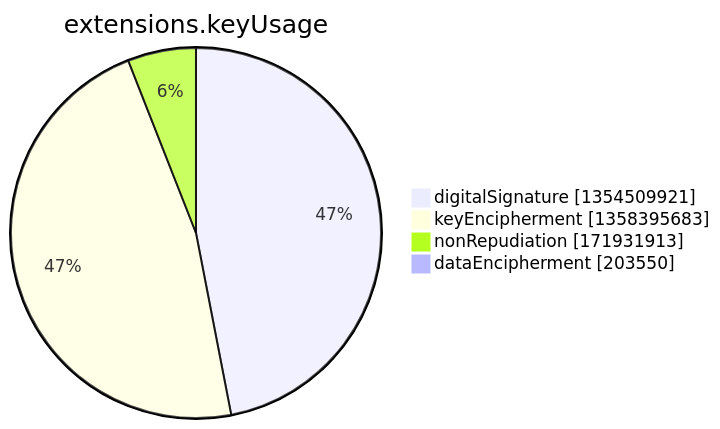
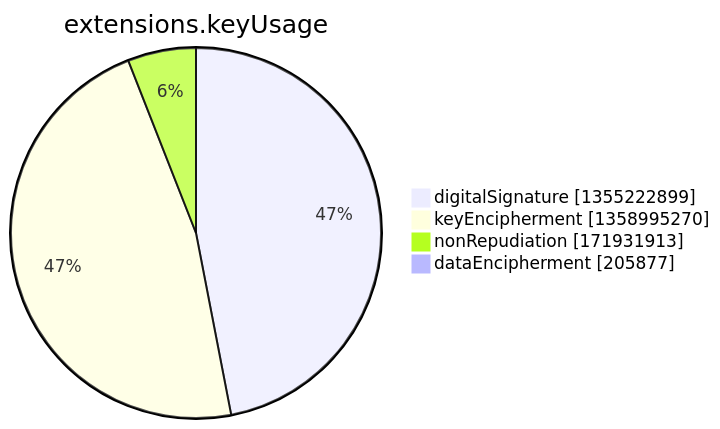
The seventh of 15 diagrams in argon2022/README.md (christiankrug/ctmonitor_visualization), drawn with Mermaid before and after one commit. The commit also changed other lines of this file, not shown here.

````diff
--- a/argon2022/README.md
+++ b/argon2022/README.md
@@ -2750,8 +2750,8 @@
 ```mermaid
 pie showData
 title extensions.keyUsage
-"digitalSignature" :1354509921
-"keyEncipherment" :1358395683
+"digitalSignature" :1355222899
+"keyEncipherment" :1358995270
 "nonRepudiation" :171931913
-"dataEncipherment" :203550
+"dataEncipherment" :205877
 ```
````
